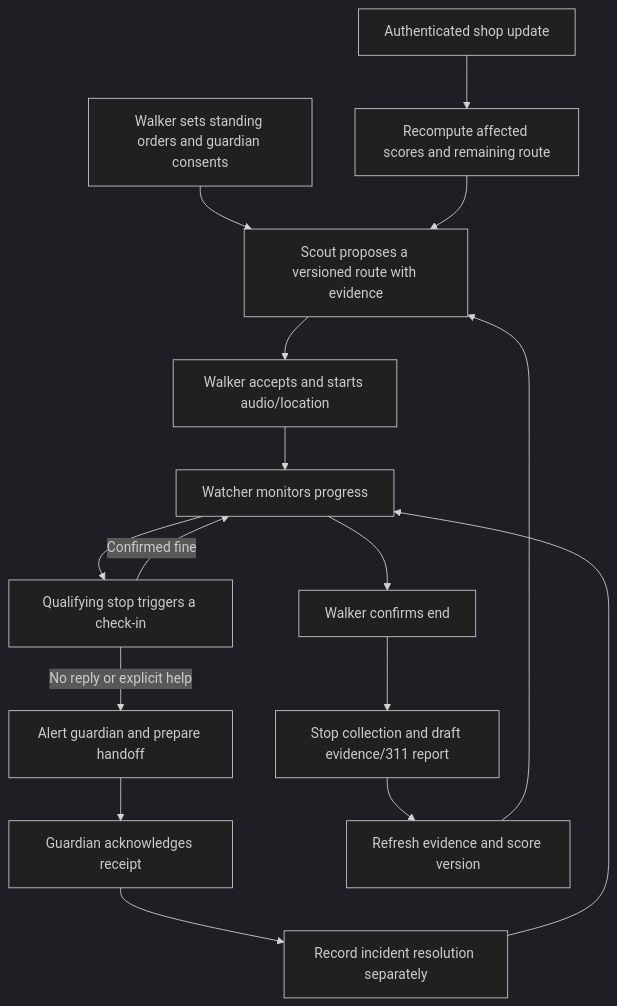
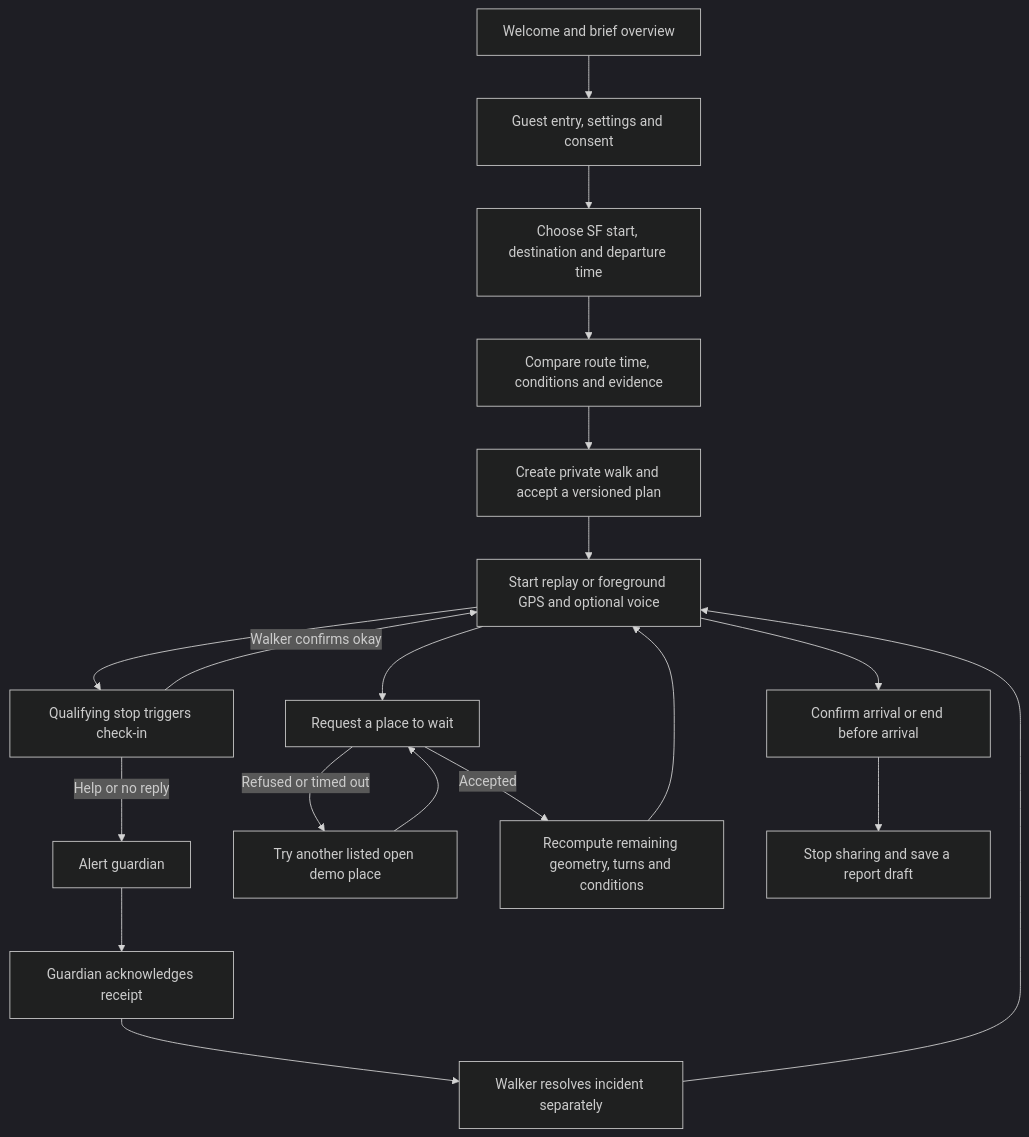
Before and after one commit to StayJagrat/StreetWise: the first of 2 diagrams in docs/WORKFLOW.md, drawn with Mermaid (dark theme). The commit also changed other lines of this file and 58 other files, not shown here.

````diff
--- a/docs/WORKFLOW.md
+++ b/docs/WORKFLOW.md
@@ -48,18 +9,21 @@
 ```mermaid
 flowchart TD
-  Setup[Walker sets standing orders and guardian consents] --> Scout[Scout proposes a versioned route with evidence]
-  Scout --> Accept[Walker accepts and starts audio/location]
-  Accept --> Watch[Watcher monitors progress]
-  Watch --> Check[Qualifying stop triggers a check-in]
-  Check -->|Confirmed fine| Watch
-  Check -->|No reply or explicit help| Rescue[Alert guardian and prepare handoff]
-  Rescue --> Ack[Guardian acknowledges receipt]
-  Ack --> Resolve[Record incident resolution separately]
+  Welcome[Welcome and brief overview] --> Setup[Guest entry, settings and consent]
+  Setup --> Plan[Choose SF start, destination and departure time]
+  Plan --> Compare[Compare route time, conditions and evidence]
+  Compare --> Accept[Create private walk and accept a versioned plan]
+  Accept --> Watch[Start replay or foreground GPS and optional voice]
+  Watch --> Check[Qualifying stop triggers check-in]
+  Check -->|Walker confirms okay| Watch
+  Check -->|Help or no reply| Alert[Alert guardian]
+  Alert --> Ack[Guardian acknowledges receipt]
+  Ack --> Resolve[Walker resolves incident separately]
   Resolve --> Watch
-  Shop[Authenticated shop update] --> Recompute[Recompute affected scores and remaining route]
-  Recompute --> Scout
-  Watch --> End[Walker confirms end]
-  End --> Report[Stop collection and draft evidence/311 report]
-  Report --> Audit[Refresh evidence and score version]
-  Audit --> Scout
+  Watch --> Request[Request a place to wait]
+  Request -->|Refused or timed out| Next[Try another listed open demo place]
+  Next --> Request
+  Request -->|Accepted| Replan[Recompute remaining geometry, turns and conditions]
+  Replan --> Watch
+  Watch --> End[Confirm arrival or end before arrival]
+  End --> Report[Stop sharing and save a report draft]
 ```
````
